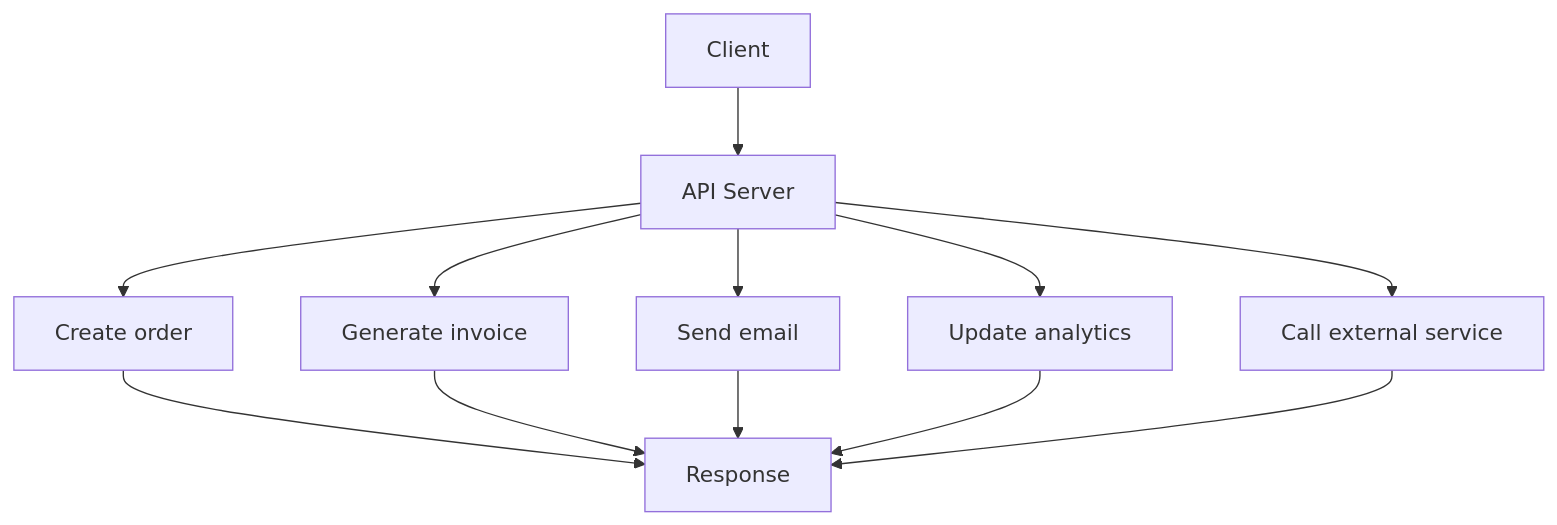
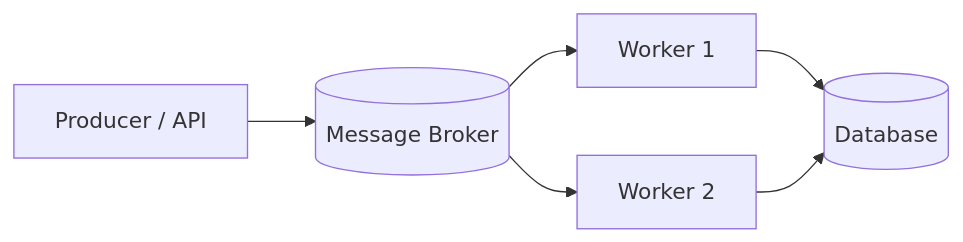
Before and after one commit to AvadhBhalodiya/Interview-Preparation: the first of 16 diagrams in src/content/task-processing/message-brokers-redis-rabbitmq-sqs.md, drawn with Mermaid. The commit also changed other lines of this file and 80 other files, not shown here.

````diff
--- a/src/content/task-processing/message-brokers-redis-rabbitmq-sqs.md
+++ b/src/content/task-processing/message-brokers-redis-rabbitmq-sqs.md
@@ -60,14 +30,8 @@
 ```mermaid
-flowchart TD
-    C[Client] --> A[API Server]
-    A --> W1[Create order]
-    A --> W2[Generate invoice]
-    A --> W3[Send email]
-    A --> W4[Update analytics]
-    A --> W5[Call external service]
-    W1 --> R[Response]
-    W2 --> R
-    W3 --> R
-    W4 --> R
-    W5 --> R
+flowchart LR
+    P[Producer / API] --> B[(Message Broker)]
+    B --> W1[Worker 1]
+    B --> W2[Worker 2]
+    W1 --> DB[(Database)]
+    W2 --> DB
 ```
````
